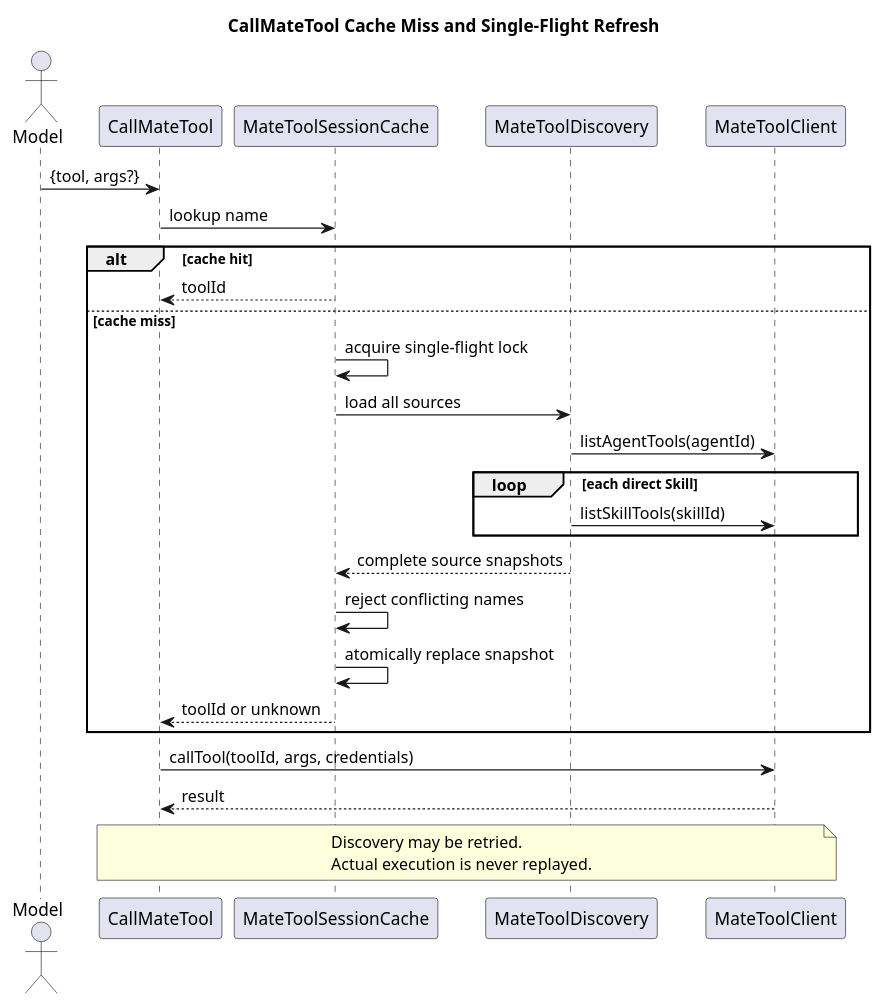
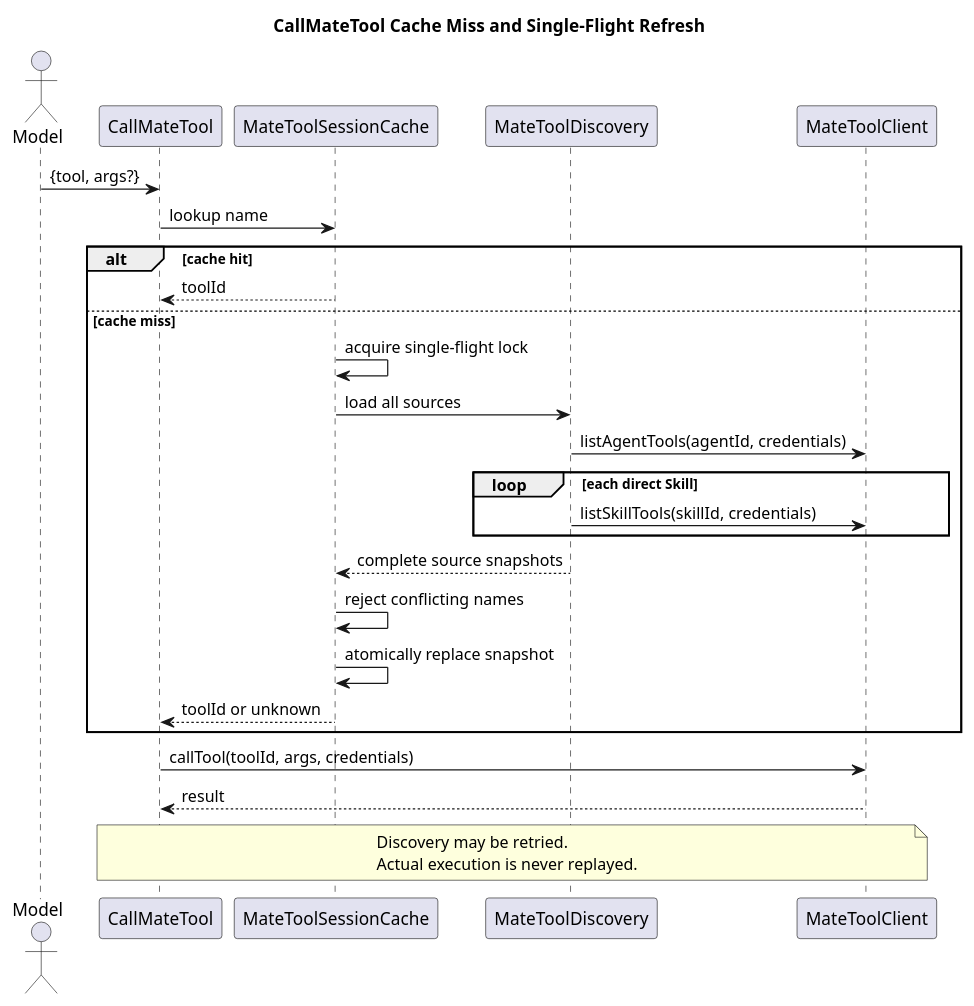
Before and after one commit to 2862282695gjh-afk/pi-mono-java: the fourth of 4 diagrams in docs/designs/tool-system-v2/diagram.puml, drawn with PlantUML. The commit also changed other lines of this file and 82 other files, not shown here.

Commit message:
fix(tools): 接通 Mate 工具执行凭据链

```diff
--- a/docs/designs/tool-system-v2/diagram.puml
+++ b/docs/designs/tool-system-v2/diagram.puml
@@ -71,40 +114,40 @@
 @startuml mate_call_refresh
 ' Pre-change baseline: CampusClaw merge base d649866a6cae967ace18ceaeb9597edd47e5721e.
 ' Reviewed implementation baseline: CampusClaw PR commit bf28e72f94f29acd316eb872a250893ed54e3632.
 ' Source evidence: modules/coding-agent-cli/src/main/java/com/campusclaw/codingagent/tool/mate/CallMateTool.java, execute
 ' Source evidence: modules/coding-agent-cli/src/main/java/com/campusclaw/codingagent/tool/mate/MateToolSessionCache.java, resolveOrRefresh
 ' Architecture change: the source-evidence types did not exist at the pre-change baseline.
 ' Observed at reviewed baseline: a miss refreshes the complete Agent plus direct-Skill tool set once.
 ' Design reason: models call by name without knowing whether a tool is bound through Agent or Skill.
 skinparam shadowing false
 title CallMateTool Cache Miss and Single-Flight Refresh
 
 actor Model
 participant CallMateTool as Call
 participant MateToolSessionCache as Cache
 participant MateToolDiscovery as Discovery
 participant MateToolClient as Mate
 
 Model -> Call : {tool, args?}
 Call -> Cache : lookup name
 alt cache hit
   Cache --> Call : toolId
 else cache miss
   Cache -> Cache : acquire single-flight lock
   Cache -> Discovery : load all sources
-  Discovery -> Mate : listAgentTools(agentId)
+  Discovery -> Mate : listAgentTools(agentId, credentials)
   loop each direct Skill
-    Discovery -> Mate : listSkillTools(skillId)
+    Discovery -> Mate : listSkillTools(skillId, credentials)
   end
   Discovery --> Cache : complete source snapshots
   Cache -> Cache : reject conflicting names
   Cache -> Cache : atomically replace snapshot
   Cache --> Call : toolId or unknown
 end
 Call -> Mate : callTool(toolId, args, credentials)
 Mate --> Call : result
 note over Call,Mate
   Discovery may be retried.
   Actual execution is never replayed.
 end note
 @enduml
```
